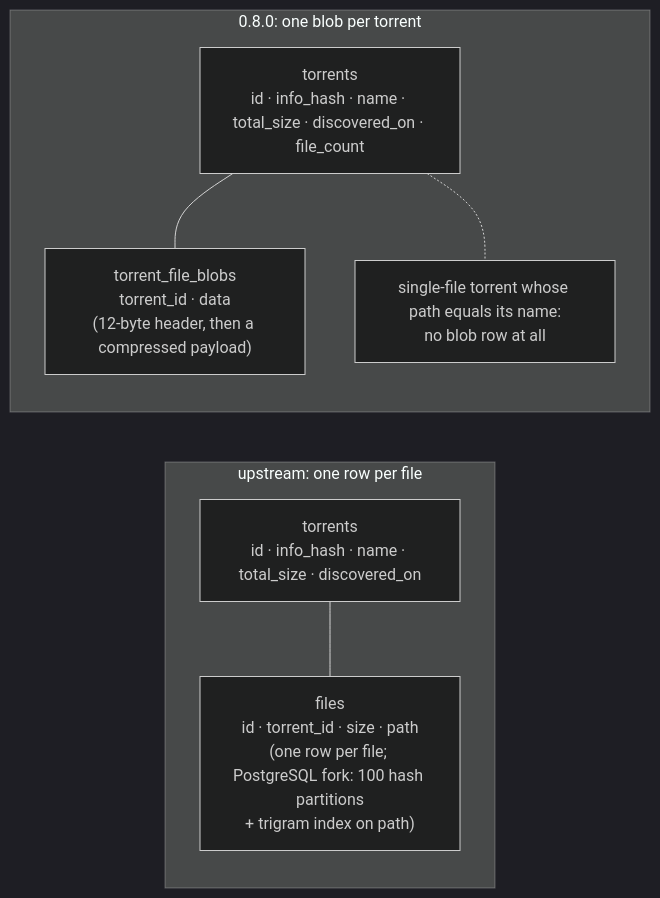
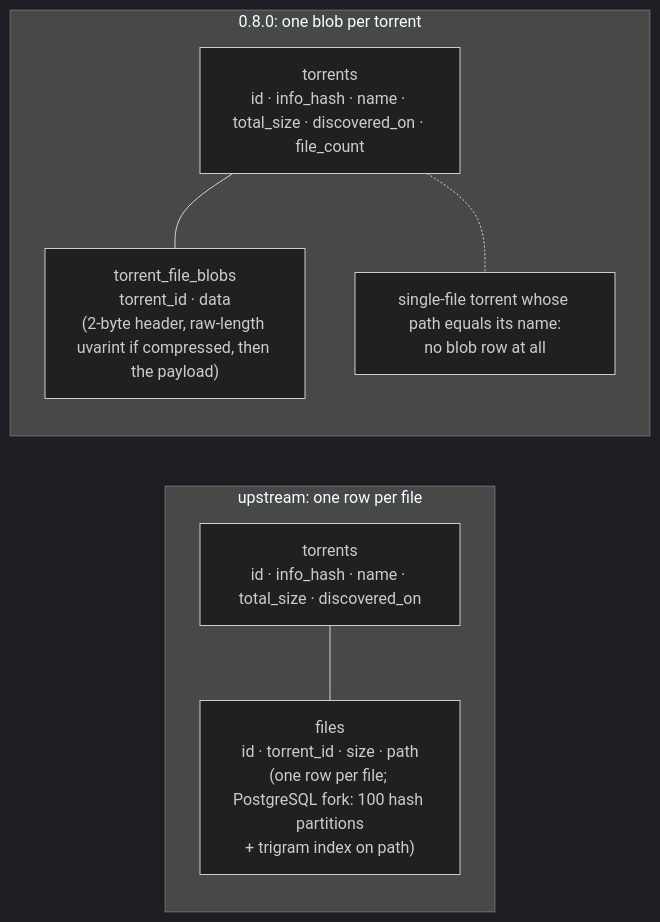
One commit to skobkin/magnetico-web changed the fourth of 7 diagrams in docs/projects_differences.md. Above: the diagram before and after it, drawn with Mermaid (dark theme). The commit also changed other lines of this file and 11 other files, not shown here.

````diff
--- a/docs/projects_differences.md
+++ b/docs/projects_differences.md
@@ -133,15 +133,15 @@
 ```mermaid
 flowchart LR
   subgraph ROWS["upstream: one row per file"]
     TA["torrents<br/>id · info_hash · name · total_size · discovered_on"]
     FA["files<br/>id · torrent_id · size · path<br/>(one row per file; PostgreSQL fork: 100 hash partitions<br/>+ trigram index on path)"]
     TA --- FA
   end
   subgraph BLOB["0.8.0: one blob per torrent"]
     TB["torrents<br/>id · info_hash · name · total_size · discovered_on · file_count"]
-    BB["torrent_file_blobs<br/>torrent_id · data<br/>(12-byte header, then a compressed payload)"]
+    BB["torrent_file_blobs<br/>torrent_id · data<br/>(2-byte header, raw-length uvarint if compressed, then the payload)"]
     TB --- BB
     NB["single-file torrent whose path equals its name:<br/>no blob row at all"]
     TB -.- NB
   end
 ```
````
